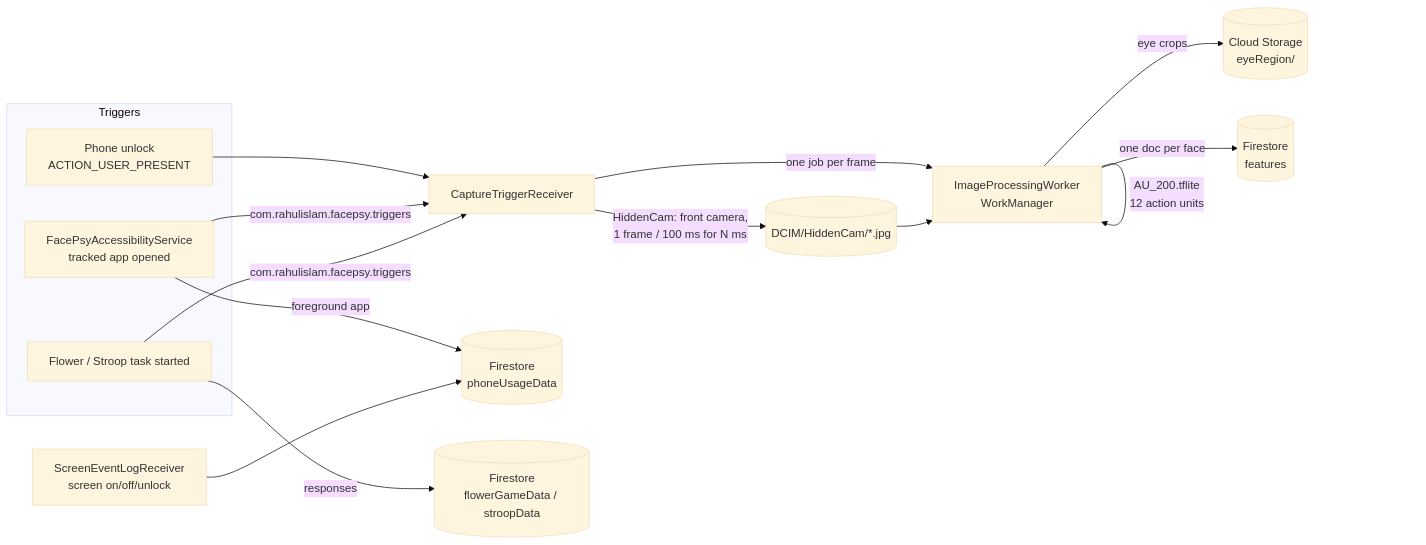
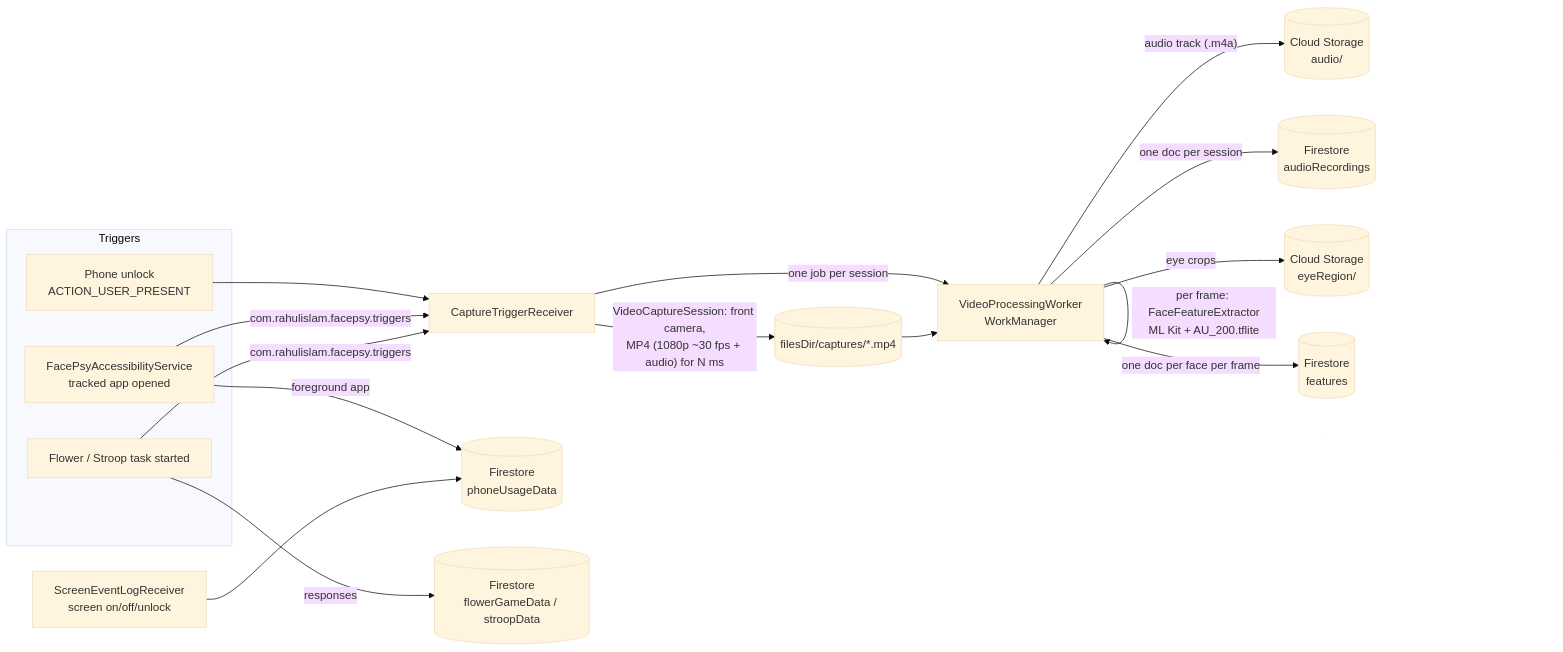
The first of 2 diagrams in docs/architecture.md (rahul-islam/FacePsy), drawn with Mermaid (base theme) before and after one commit. The commit also changed other lines of this file and 30 other files, not shown here.

````diff
--- a/docs/architecture.md
+++ b/docs/architecture.md
@@ -9,24 +8,25 @@
 ```mermaid
 flowchart LR
     subgraph Triggers
         U[Phone unlock<br/>ACTION_USER_PRESENT]
         A[FacePsyAccessibilityService<br/>tracked app opened]
         T[Flower / Stroop task started]
     end
 
     U --> R
     A -- "com.rahulislam.facepsy.triggers" --> R
     T -- "com.rahulislam.facepsy.triggers" --> R
 
-    R[CaptureTriggerReceiver] -->|"HiddenCam: front camera,<br/>1 frame / 100 ms for N ms"| F[(DCIM/HiddenCam/*.jpg)]
-    R -->|"one job per frame"| W[ImageProcessingWorker<br/>WorkManager]
-    F --> W
-    W -->|"ML Kit face detection"| W
-    W -->|"AU_200.tflite<br/>12 action units"| W
+    R[CaptureTriggerReceiver] -->|"VideoCaptureSession: front camera,<br/>MP4 (1080p ~30 fps + audio) for N ms"| V[(filesDir/captures/*.mp4)]
+    R -->|"one job per session"| W[VideoProcessingWorker<br/>WorkManager]
+    V --> W
+    W -->|"audio track (.m4a)"| SA[(Cloud Storage<br/>audio/)]
+    W -->|"one doc per session"| AR[(Firestore<br/>audioRecordings)]
+    W -->|"per frame: FaceFeatureExtractor<br/>ML Kit + AU_200.tflite"| W
     W -->|"eye crops"| S[(Cloud Storage<br/>eyeRegion/)]
-    W -->|"one doc per face"| FS[(Firestore<br/>features)]
+    W -->|"one doc per face per frame"| FS[(Firestore<br/>features)]
 
     A -->|"foreground app"| PU[(Firestore<br/>phoneUsageData)]
     SE[ScreenEventLogReceiver<br/>screen on/off/unlock] --> PU
     T -->|"responses"| G[(Firestore<br/>flowerGameData / stroopData)]
 ```
````
